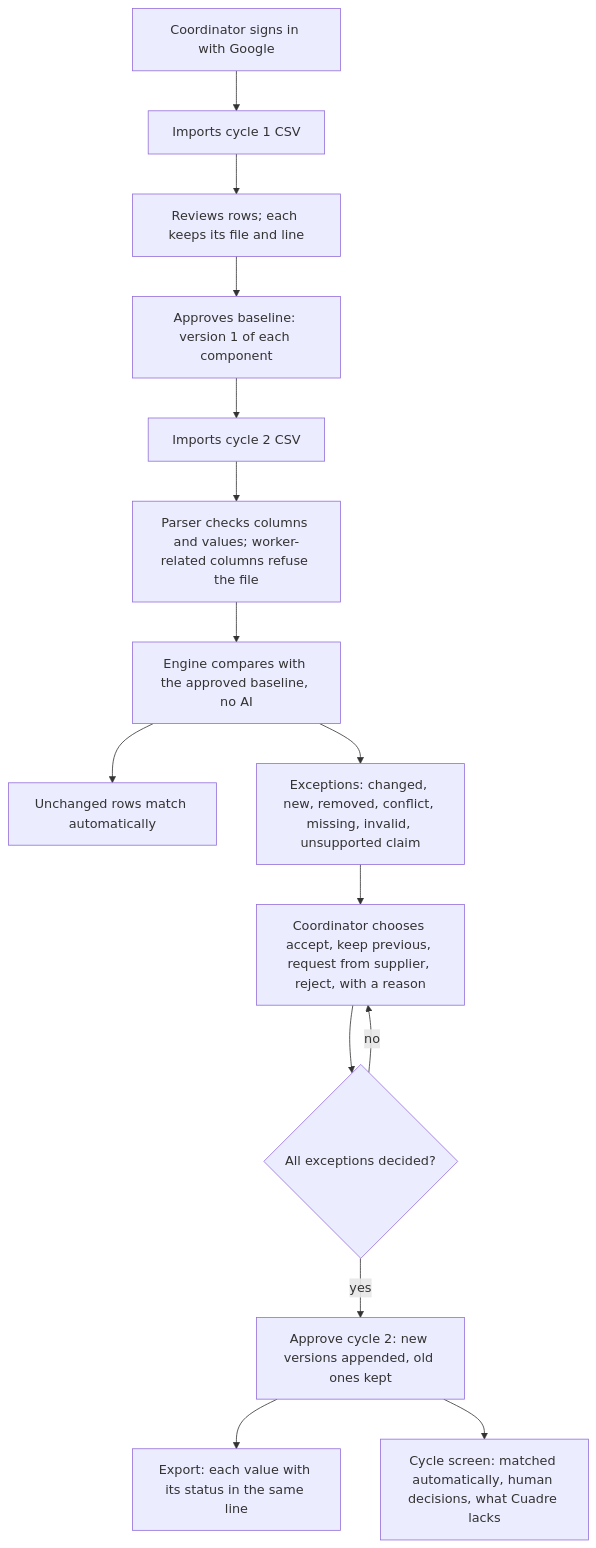
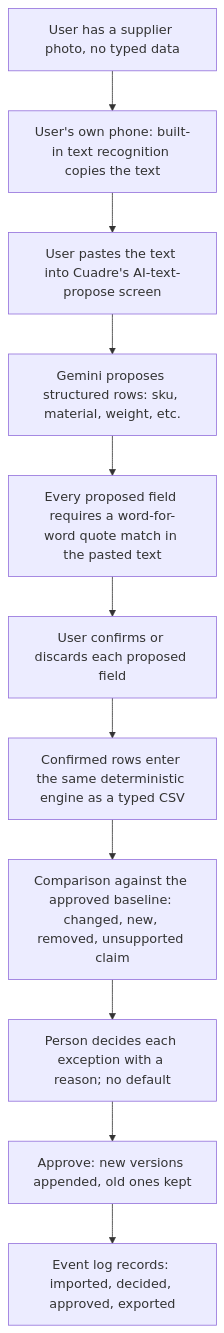
One commit to emiliogomezbuilds/cuadre changed the first of 2 diagrams in docs/PACKET.md. Above: the diagram before and after it, drawn with Mermaid. The commit also changed other lines of this file and 2 other files, not shown here.

Commit message:
Week 13 packet: scope cut to paste-text re-enable + event log, grounded in 5 real-user sessions

````diff
--- a/docs/PACKET.md
+++ b/docs/PACKET.md
@@ -41,17 +39,13 @@
 ```mermaid
 flowchart TD
-  A[Coordinator signs in with Google] --> B[Imports cycle 1 CSV]
-  B --> C[Reviews rows; each keeps its file and line]
-  C --> D[Approves baseline: version 1 of each component]
-  D --> E[Imports cycle 2 CSV]
-  E --> F[Parser checks columns and values; worker-related columns refuse the file]
-  F --> G[Engine compares with the approved baseline, no AI]
-  G --> H[Unchanged rows match automatically]
-  G --> I[Exceptions: changed, new, removed, conflict, missing, invalid, unsupported claim]
-  I --> J[Coordinator chooses accept, keep previous, request from supplier, reject, with a reason]
-  J --> K{All exceptions decided?}
-  K -->|no| J
-  K -->|yes| L[Approve cycle 2: new versions appended, old ones kept]
-  L --> M[Export: each value with its status in the same line]
-  L --> N[Cycle screen: matched automatically, human decisions, what Cuadre lacks]
+  A[User has a supplier photo, no typed data] --> B[User's own phone: built-in text recognition copies the text]
+  B --> C[User pastes the text into Cuadre's AI-text-propose screen]
+  C --> D[Gemini proposes structured rows: sku, material, weight, etc.]
+  D --> E[Every proposed field requires a word-for-word quote match in the pasted text]
+  E --> F[User confirms or discards each proposed field]
+  F --> G[Confirmed rows enter the same deterministic engine as a typed CSV]
+  G --> H[Comparison against the approved baseline: changed, new, removed, unsupported claim]
+  H --> I[Person decides each exception with a reason; no default]
+  I --> J[Approve: new versions appended, old ones kept]
+  J --> K[Event log records: imported, decided, approved, exported]
 ```
````
